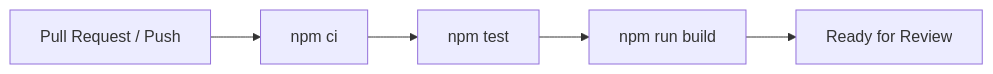
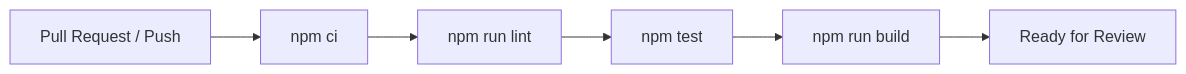
Before and after one commit to Infinite-LearningV1/Infinite_Track_Fe: the second of 2 diagrams in README.md, drawn with Mermaid. The commit also changed other lines of this file and 19 other files, not shown here.

````diff
--- a/README.md
+++ b/README.md
@@ -134,10 +130,11 @@
 ```mermaid
 flowchart LR
     A["Pull Request / Push"]
     B["npm ci"]
-    C["npm test"]
-    D["npm run build"]
-    E["Ready for Review"]
+    C["npm run lint"]
+    D["npm test"]
+    E["npm run build"]
+    F["Ready for Review"]
 
-    A --> B --> C --> D --> E
+    A --> B --> C --> D --> E --> F
 ```
````
